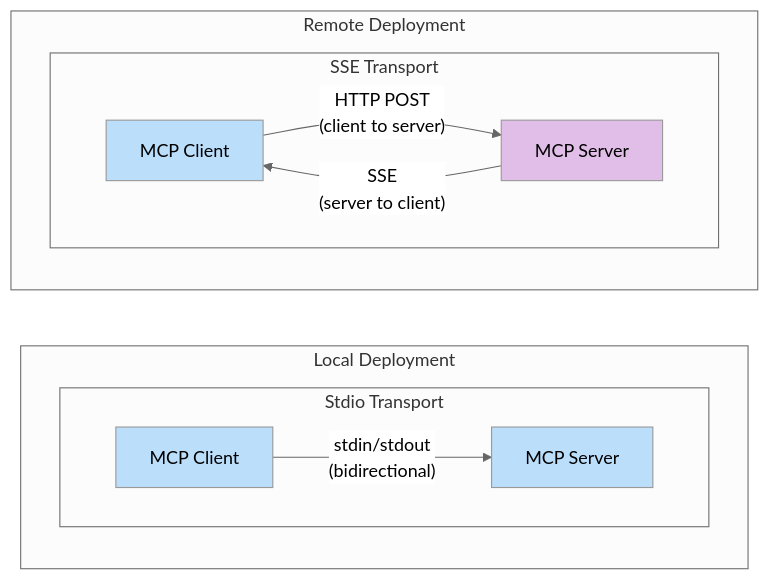
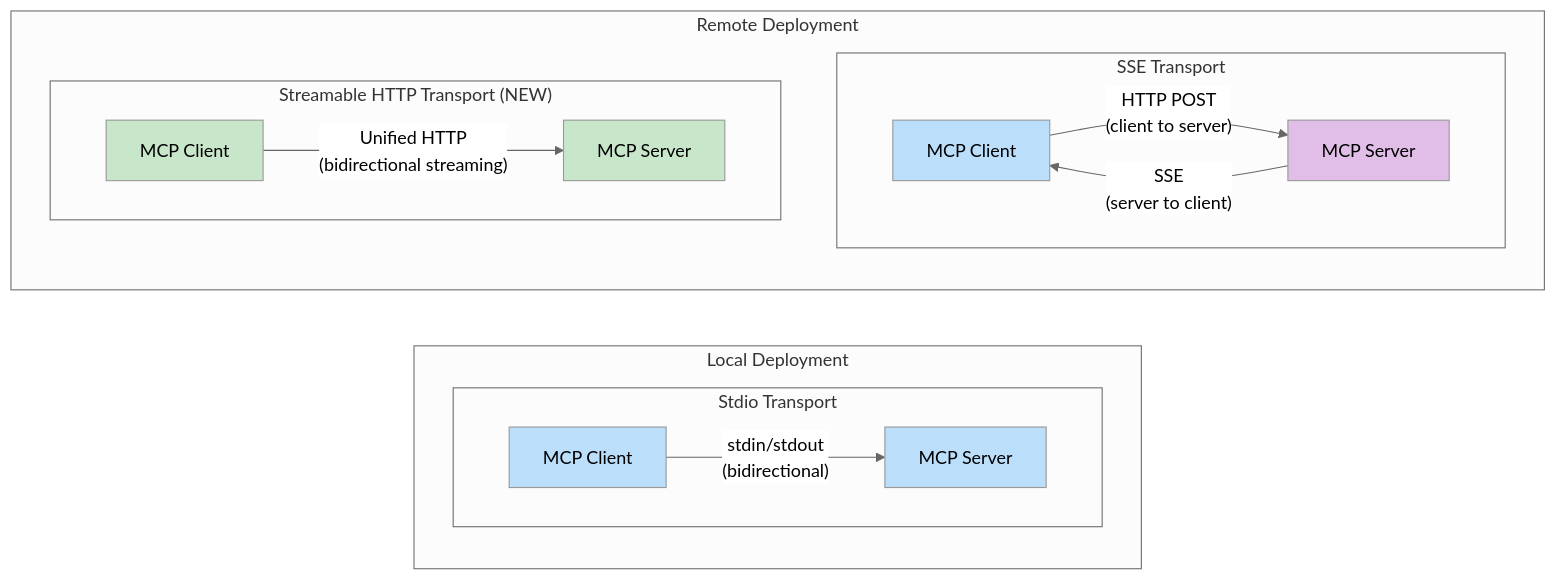
One commit to yld0/ai-cookbook changed the second of 2 diagrams in mcp/crash-course/2-understanding-mcp/README.md. Above: the diagram before and after it, drawn with Mermaid. The commit also changed other lines of this file, not shown here.

Commit message:
Update README.md to correct typographical errors, expand the transport mechanisms section to include Streamable HTTP, and clarify usage recommendations for each transport type. Enhance the comparison diagram to reflect the new transport option and its benefits for production deployments.

````diff
--- a/mcp/crash-course/2-understanding-mcp/README.md
+++ b/mcp/crash-course/2-understanding-mcp/README.md
@@ -70,30 +77,38 @@
 ```mermaid
 ---
 config:
   theme: neutral
   look: classic
   layout: dagre
 ---
 flowchart LR
  subgraph Stdio["Stdio Transport"]
         Client1["MCP Client"]
         Server1["MCP Server"]
   end
  subgraph SSE["SSE Transport"]
         Client2["MCP Client"]
         Server2["MCP Server"]
   end
+ subgraph StreamableHTTP["Streamable HTTP Transport (NEW)"]
+        Client3["MCP Client"]
+        Server3["MCP Server"]
+  end
  subgraph Local["Local Deployment"]
         Stdio
   end
  subgraph Remote["Remote Deployment"]
         SSE
+        StreamableHTTP
   end
     Client1 -- stdin/stdout<br>(bidirectional) --> Server1
     Client2 -- HTTP POST<br>(client to server) --> Server2
     Server2 -- SSE<br>(server to client) --> Client2
+    Client3 -- Unified HTTP<br>(bidirectional streaming) --> Server3
     style Client1 fill:#BBDEFB
     style Server1 fill:#BBDEFB
     style Client2 fill:#BBDEFB
     style Server2 fill:#E1BEE7
+    style Client3 fill:#C8E6C9
+    style Server3 fill:#C8E6C9
 ```
````
